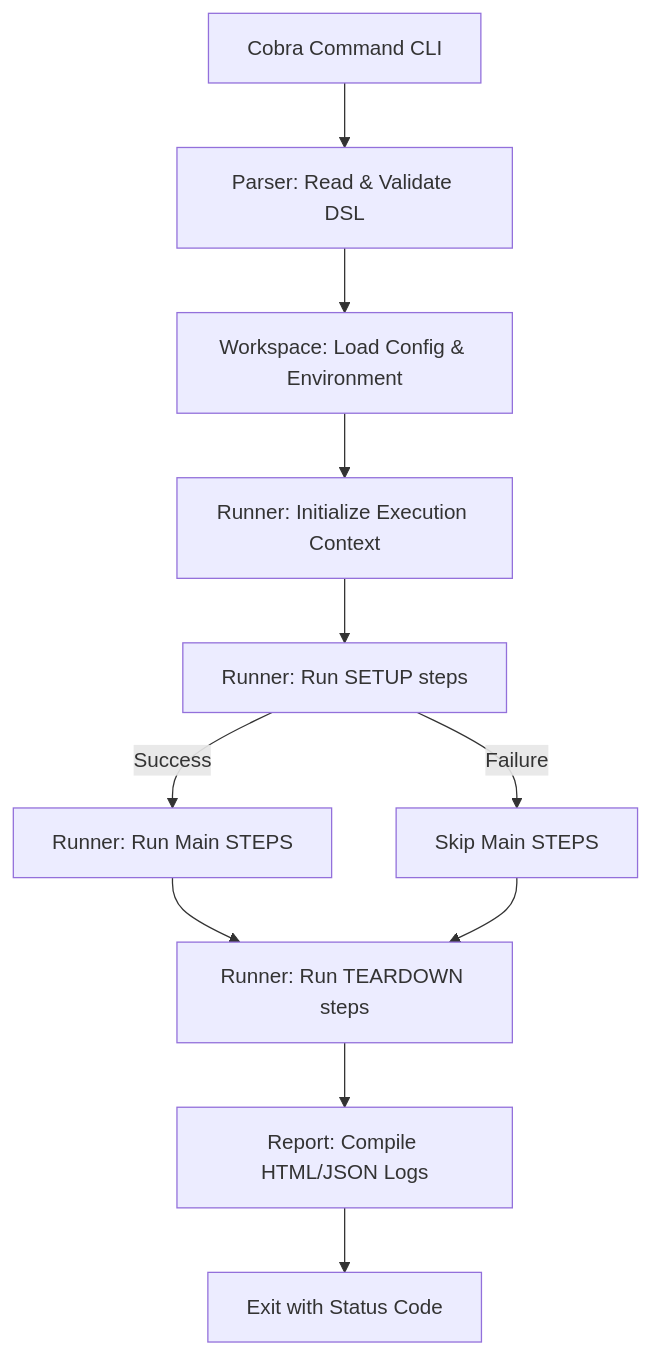
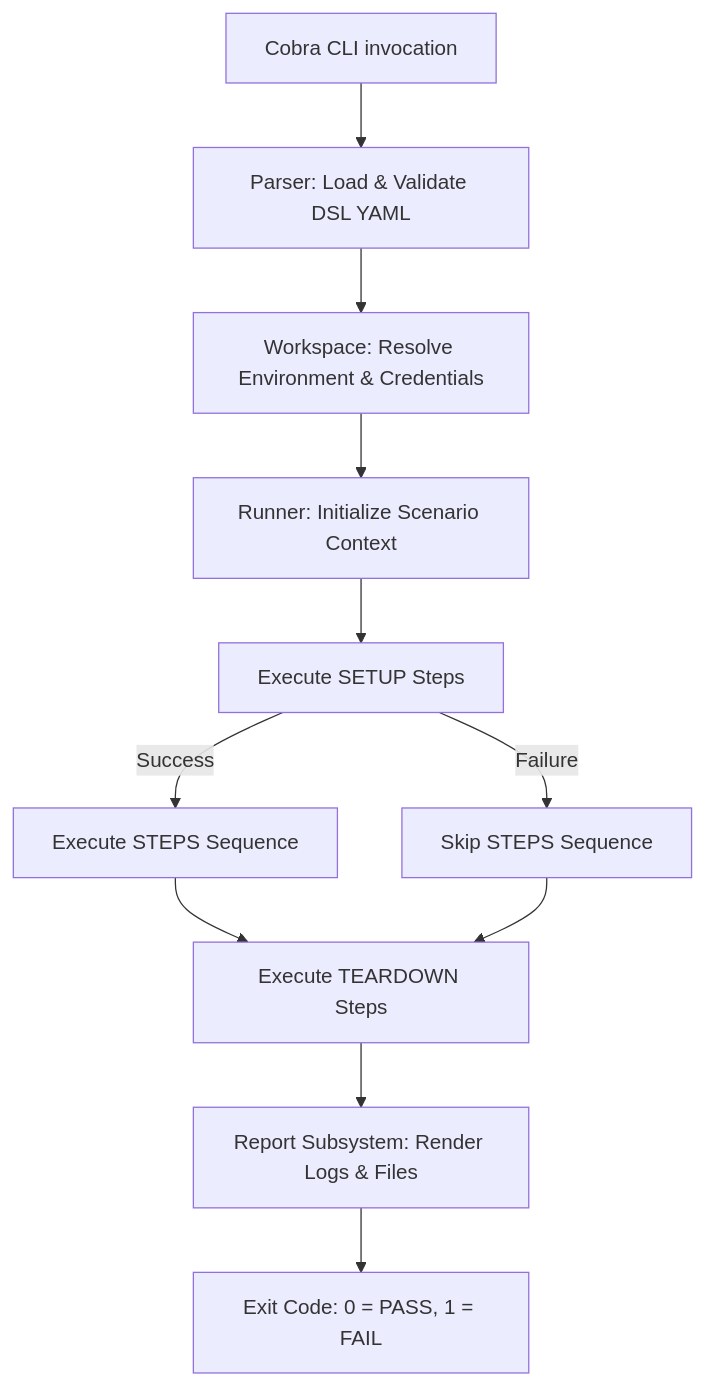
Before and after one commit to muhfaris/gherkio: the diagram in docs/book/src/contributing/architecture.md, drawn with Mermaid. The commit also changed other lines of this file and 24 other files, not shown here.

````diff
--- a/docs/book/src/contributing/architecture.md
+++ b/docs/book/src/contributing/architecture.md
@@ -23,13 +24,13 @@
 ```mermaid
 graph TD
-    A[Cobra Command CLI] --> B[Parser: Read & Validate DSL]
-    B --> C[Workspace: Load Config & Environment]
-    C --> D[Runner: Initialize Execution Context]
-    D --> E[Runner: Run SETUP steps]
-    E -- Success --> F[Runner: Run Main STEPS]
-    E -- Failure --> G[Skip Main STEPS]
-    F --> H[Runner: Run TEARDOWN steps]
+    A[Cobra CLI invocation] --> B[Parser: Load & Validate DSL YAML]
+    B --> C[Workspace: Resolve Environment & Credentials]
+    C --> D[Runner: Initialize Scenario Context]
+    D --> E[Execute SETUP Steps]
+    E -- Success --> F[Execute STEPS Sequence]
+    E -- Failure --> G[Skip STEPS Sequence]
+    F --> H[Execute TEARDOWN Steps]
     G --> H
-    H --> I[Report: Compile HTML/JSON Logs]
-    I --> J[Exit with Status Code]
+    H --> I[Report Subsystem: Render Logs & Files]
+    I --> J[Exit Code: 0 = PASS, 1 = FAIL]
 ```
````
